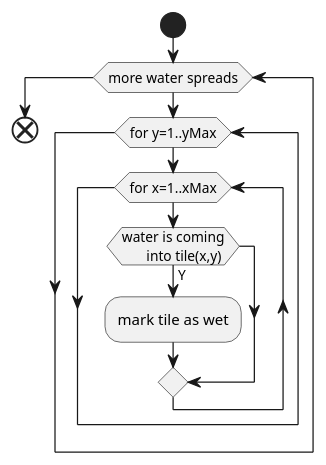
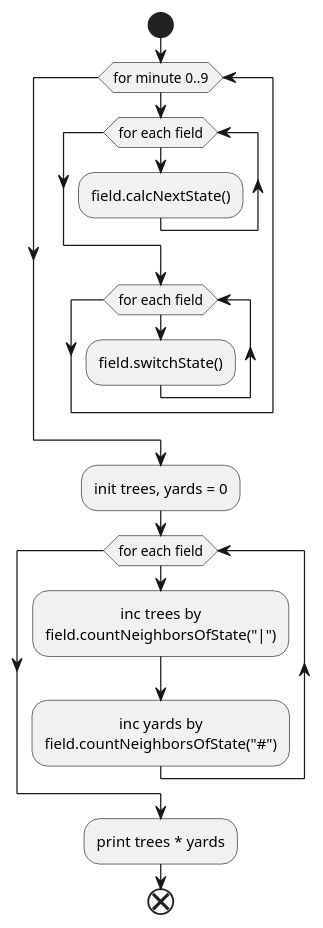
The diagram in day18/go/anoff/README.adoc (rdmueller/aoc-2018), drawn with PlantUML before and after one commit. The commit also changed other lines of this file and 2 other files, not shown here.

Commit message:
:page_facing_up: docs: day18

```diff
--- a/day18/go/anoff/README.adoc
+++ b/day18/go/anoff/README.adoc
@@ -8,20 +20,26 @@
 [plantuml, day18-p1, png]
 ....
 @startuml
 skinparam defaulttextalignment center
 skinparam monochrome true
 skinparam shadowing false
 start
-while (more water spreads)
-  while (for y=1..yMax)
-    while (for x=1..xMax)
-      if (water is coming
-      into tile(x,y)) then (Y)
-        :mark tile as wet;
-      endif
-    endwhile
+while (for minute 0..9)
+  while (for each field)
+    :field.calcNextState();
+  endwhile
+  while (for each field)
+    :field.switchState();
   endwhile
 endwhile
+:init trees, yards = 0;
+while (for each field)
+  :inc trees by
+  field.countNeighborsOfState("|");
+  :inc yards by
+  field.countNeighborsOfState("#");
+endwhile
+:print trees * yards;
 end
 @enduml
 ....
```
